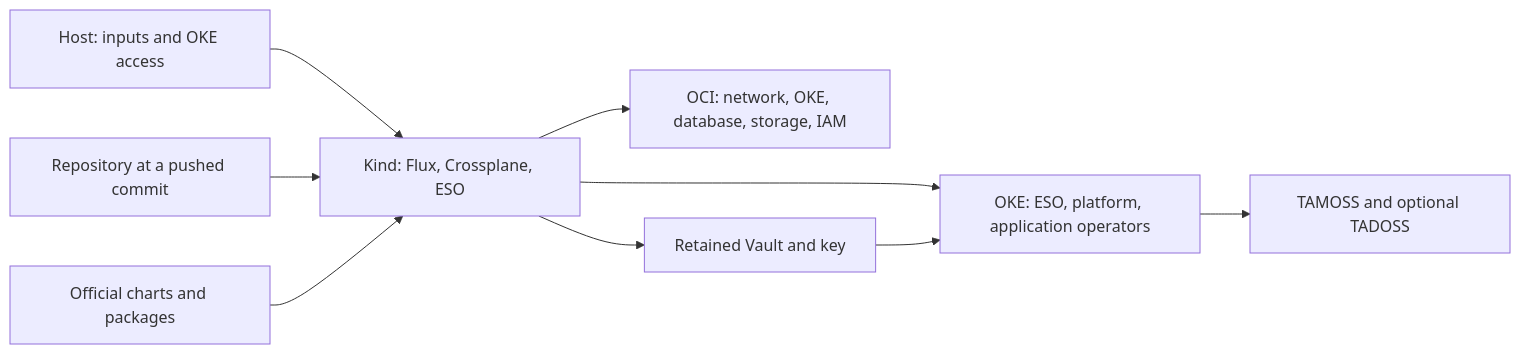
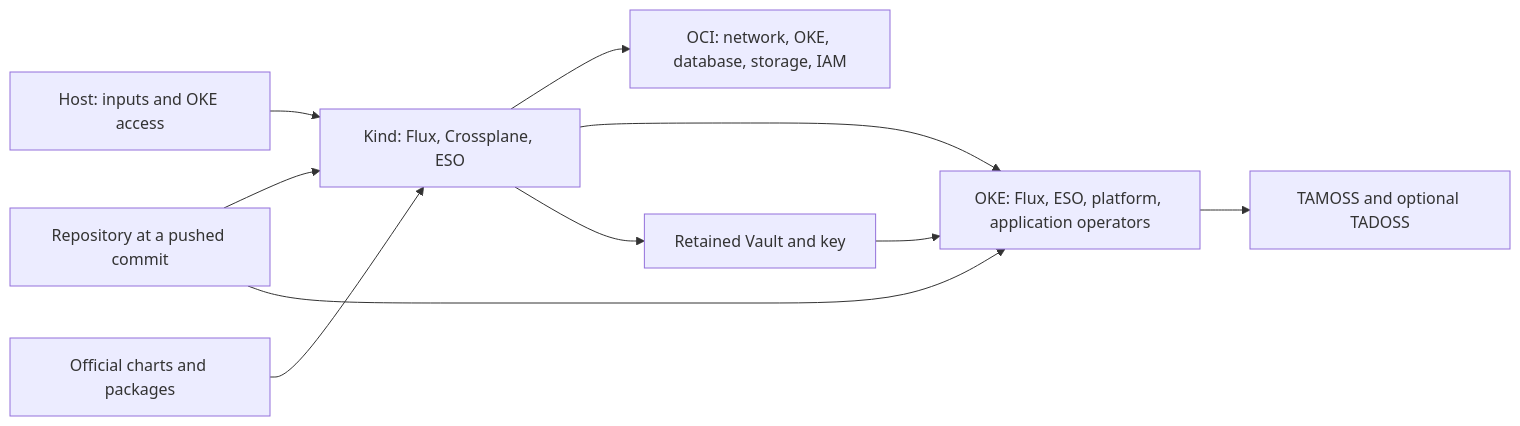
The diagram in docs/architecture.md (livewyer-ops/tamoss-cp-oci), drawn with Mermaid before and after one commit. The commit also changed other lines of this file and 9 other files, not shown here.

Commit message:
docs: describe Flux for the workloads inside OKE

````diff
--- a/docs/architecture.md
+++ b/docs/architecture.md
@@ -11,11 +12,12 @@
 ```mermaid
 flowchart LR
     Host[Host: inputs and OKE access] --> Kind[Kind: Flux, Crossplane, ESO]
     Git[Repository at a pushed commit] --> Kind
     Upstream[Official charts and packages] --> Kind
     Kind --> OCI[OCI: network, OKE, database, storage, IAM]
-    Kind --> OKE[OKE: ESO, platform, application operators]
+    Kind --> OKE[OKE: Flux, ESO, platform, application operators]
+    Git --> OKE
     Kind --> Vault[Retained Vault and key]
     Vault --> OKE
     OKE --> App[TAMOSS and optional TADOSS]
 ```
````
